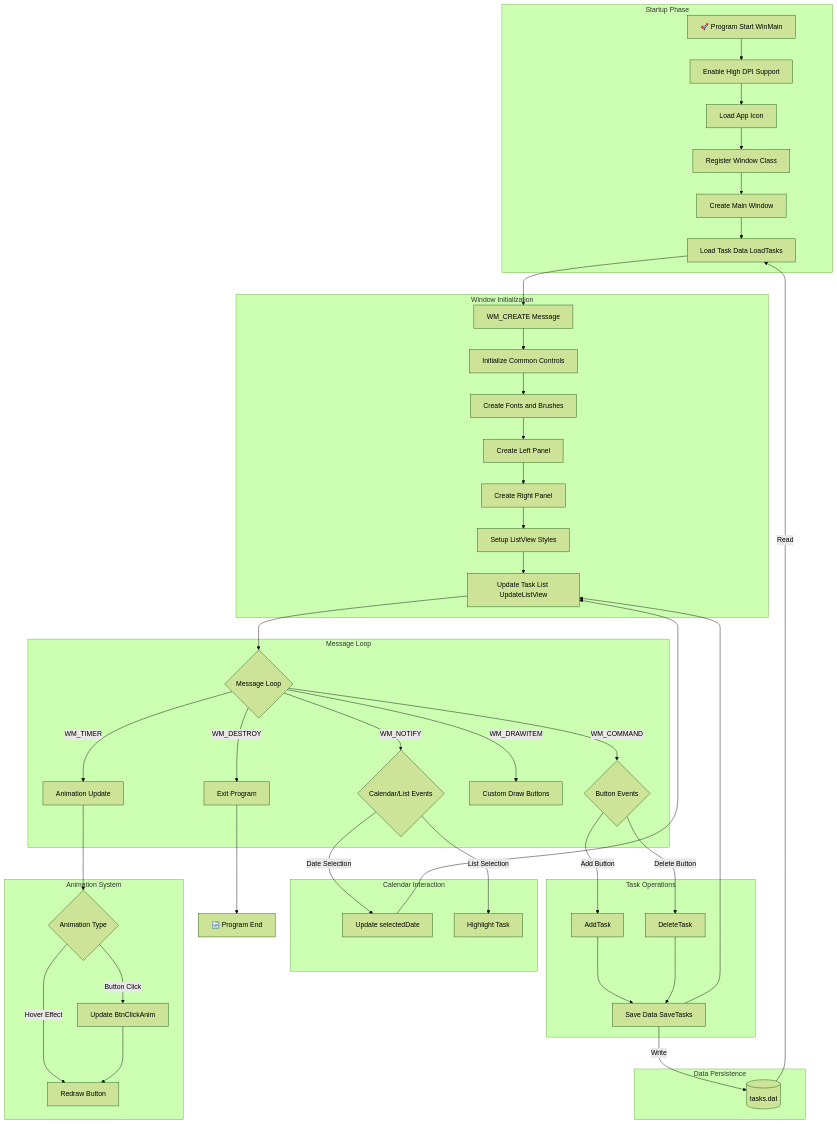
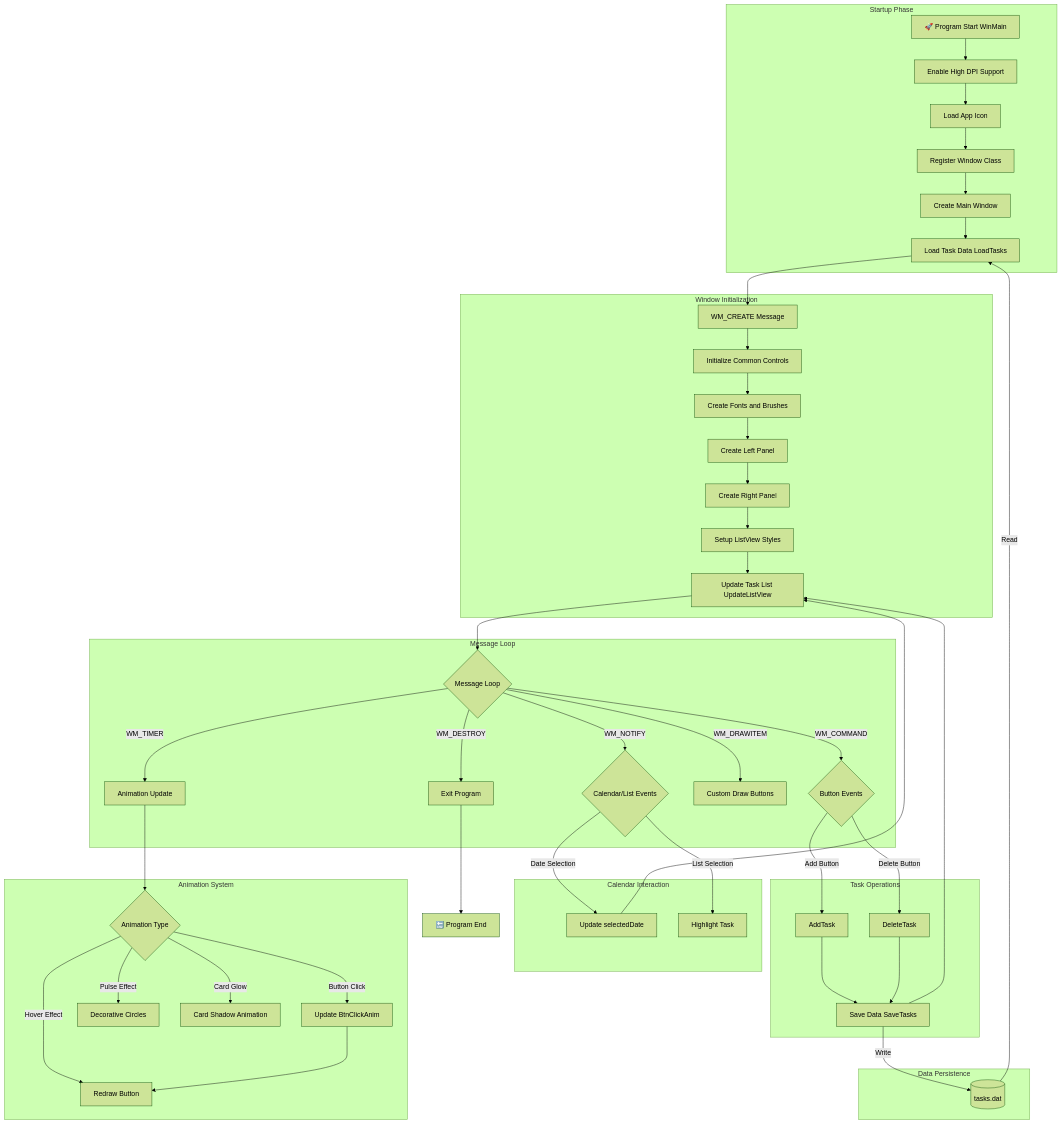
One commit to BassttElSevic/BassttProjectManage changed the first of 4 diagrams in README.md. Above: the diagram before and after it, drawn with Mermaid (forest theme). The commit also changed other lines of this file and 26 other files, not shown here.

````diff
--- a/README.md
+++ b/README.md
@@ -14,57 +14,59 @@
 ```mermaid
 flowchart TD
     subgraph Startup Phase
         A[🚀 Program Start WinMain] --> B[Enable High DPI Support]
         B --> C[Load App Icon]
         C --> D[Register Window Class]
         D --> E[Create Main Window]
         E --> F[Load Task Data LoadTasks]
     end
 
     subgraph Window Initialization
         F --> G[WM_CREATE Message]
         G --> H[Initialize Common Controls]
         H --> I[Create Fonts and Brushes]
         I --> J[Create Left Panel]
         J --> K[Create Right Panel]
         K --> L[Setup ListView Styles]
         L --> M[Update Task List UpdateListView]
     end
 
     subgraph Message Loop
         M --> N{Message Loop}
         N -->|WM_COMMAND| O{Button Events}
         N -->|WM_NOTIFY| P{Calendar/List Events}
         N -->|WM_TIMER| Q[Animation Update]
         N -->|WM_DRAWITEM| R[Custom Draw Buttons]
         N -->|WM_DESTROY| S[Exit Program]
     end
 
     subgraph Task Operations
         O -->|Add Button| T[AddTask]
         O -->|Delete Button| U[DeleteTask]
         T --> V[Save Data SaveTasks]
         U --> V
         V --> M
     end
 
     subgraph Calendar Interaction
         P -->|Date Selection| W[Update selectedDate]
         W --> M
         P -->|List Selection| X[Highlight Task]
     end
 
     subgraph Animation System
         Q --> Y{Animation Type}
         Y -->|Button Click| Z[Update BtnClickAnim]
         Y -->|Hover Effect| AA[Redraw Button]
+        Y -->|Pulse Effect| AB[Decorative Circles]
+        Y -->|Card Glow| AC[Card Shadow Animation]
         Z --> AA
     end
 
     subgraph Data Persistence
-        AB[(tasks.dat)] -->|Read| F
-        V -->|Write| AB
+        AD[(tasks.dat)] -->|Read| F
+        V -->|Write| AD
     end
 
-    S --> AC[🔚 Program End]
+    S --> AE[🔚 Program End]
 ```
````
